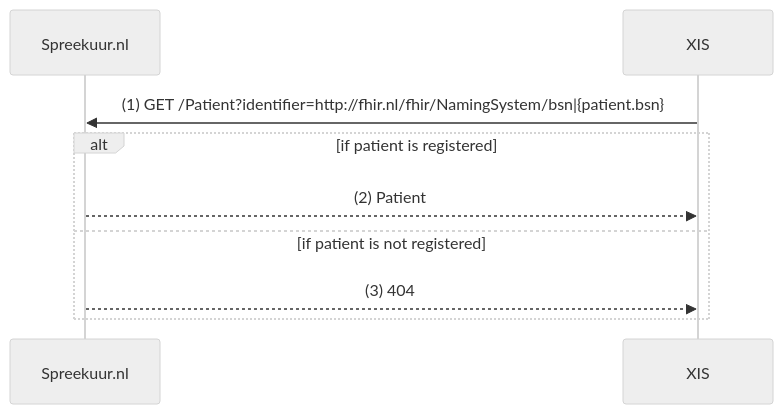
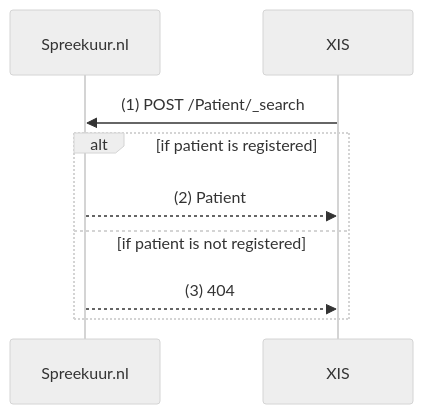
The first of 3 diagrams in docs/features/patient/patient-discovery.md (topicushealthcare/spreekuur-docs), drawn with Mermaid (neutral theme) before and after one commit. The commit also changed other lines of this file and 2 other files, not shown here.

Commit message:
SSAM-7549 various fixes (#35)

````diff
--- a/docs/features/patient/patient-discovery.md
+++ b/docs/features/patient/patient-discovery.md
@@ -24,12 +24,12 @@
 ```mermaid
 sequenceDiagram    
     participant Spreekuur.nl
     participant XIS
 
-    XIS->>Spreekuur.nl: (1) GET /Patient?identifier=http://fhir.nl/fhir/NamingSystem/bsn|{patient.bsn}
+    XIS->>Spreekuur.nl: (1) POST /Patient/_search
     alt if patient is registered
         Spreekuur.nl-->>XIS: (2) Patient
     else if patient is not registered
         Spreekuur.nl-->>XIS: (3) 404
     end
 ```
````
